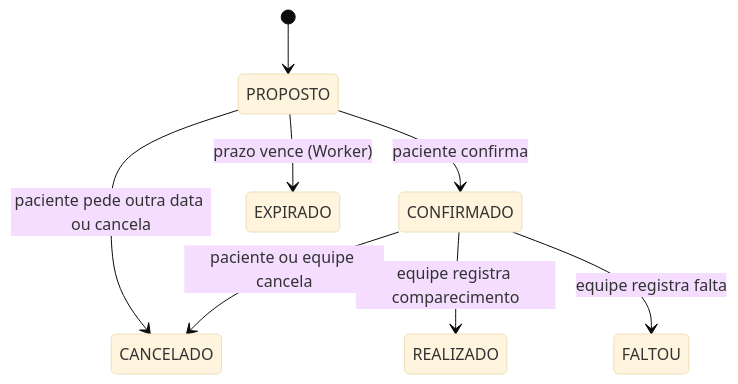
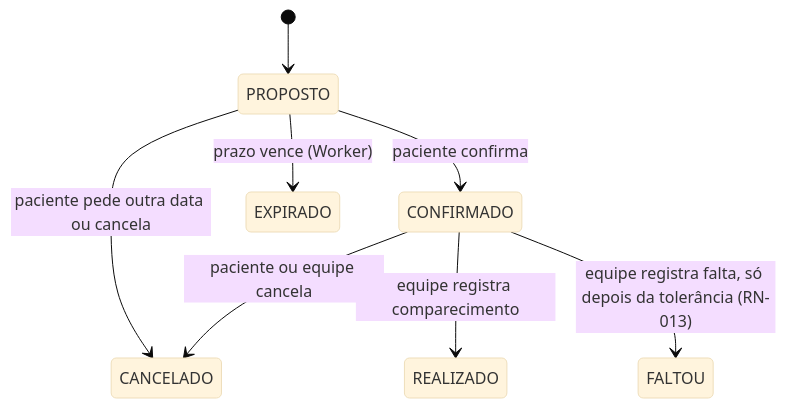
Before and after one commit to JoaoAzevedo184/Central-Saude-UPE: the first of 2 diagrams in docs/requirements/business-rules.md, drawn with Mermaid (base theme). The commit also changed other lines of this file and 2 other files, not shown here.

````diff
--- a/docs/requirements/business-rules.md
+++ b/docs/requirements/business-rules.md
@@ -9,10 +11,10 @@
 ```mermaid
 stateDiagram-v2
   [*] --> PROPOSTO
   PROPOSTO --> CONFIRMADO: paciente confirma
   PROPOSTO --> EXPIRADO: prazo vence (Worker)
   PROPOSTO --> CANCELADO: paciente pede outra data ou cancela
   CONFIRMADO --> CANCELADO: paciente ou equipe cancela
   CONFIRMADO --> REALIZADO: equipe registra comparecimento
-  CONFIRMADO --> FALTOU: equipe registra falta
+  CONFIRMADO --> FALTOU: equipe registra falta, só depois da tolerância (RN-013)
 ```
````
